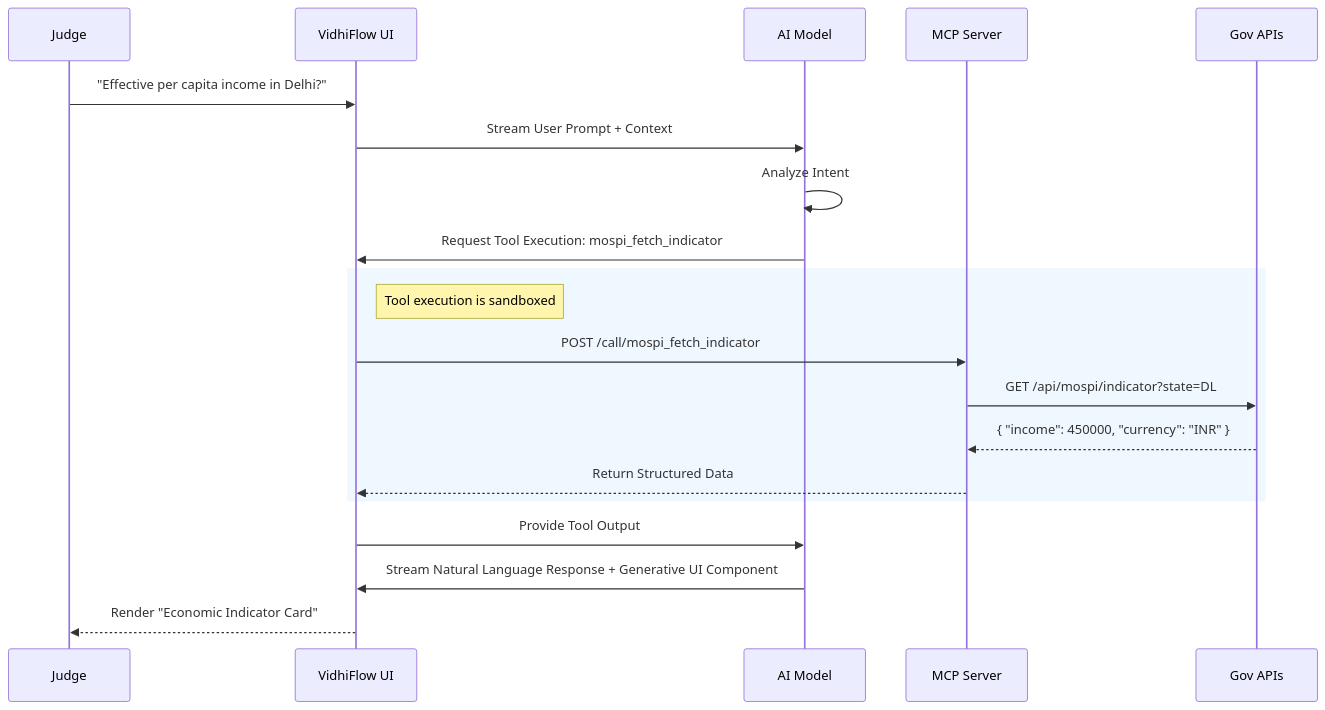
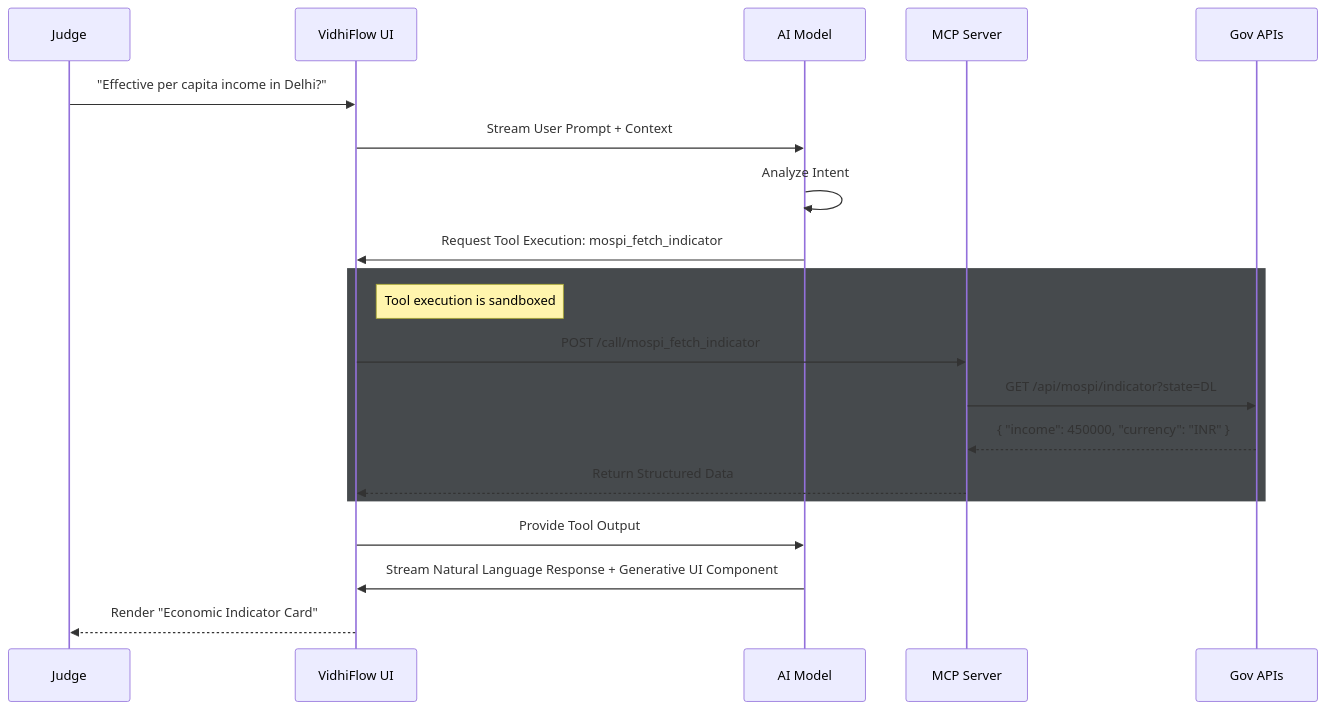
Before and after one commit to Pixie-19/VidhiFlow: the second of 2 diagrams in README.md, drawn with Mermaid.

Commit message:
Change  in README diagram
Updated color value in the diagram.

````diff
--- a/README.md
+++ b/README.md
@@ -52,25 +52,25 @@
 ```mermaid
 sequenceDiagram
     participant U as Judge
     participant UI as VidhiFlow UI
     participant LLM as AI Model
     participant MCP as MCP Server
     participant API as Gov APIs
 
     U->>UI: "Effective per capita income in Delhi?"
     UI->>LLM: Stream User Prompt + Context
     LLM->>LLM: Analyze Intent
     LLM->>UI: Request Tool Execution: mospi_fetch_indicator
     
-    rect rgb(240, 248, 255)
+    rect rgb(70, 74, 77)
         note right of UI: Tool execution is sandboxed
         UI->>MCP: POST /call/mospi_fetch_indicator
         MCP->>API: GET /api/mospi/indicator?state=DL
         API-->>MCP: { "income": 450000, "currency": "INR" }
         MCP-->>UI: Return Structured Data
     end
     
     UI->>LLM: Provide Tool Output
     LLM->>UI: Stream Natural Language Response + Generative UI Component
     UI-->>U: Render "Economic Indicator Card"
 ```
````
